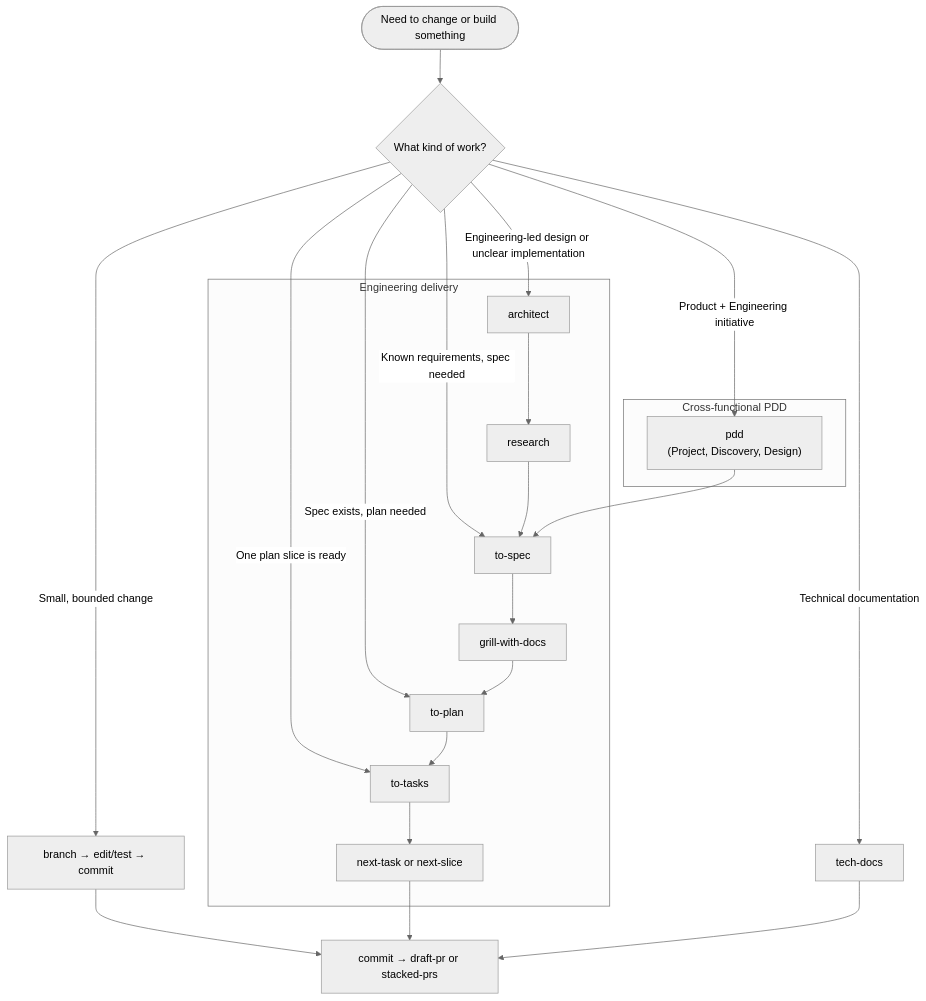
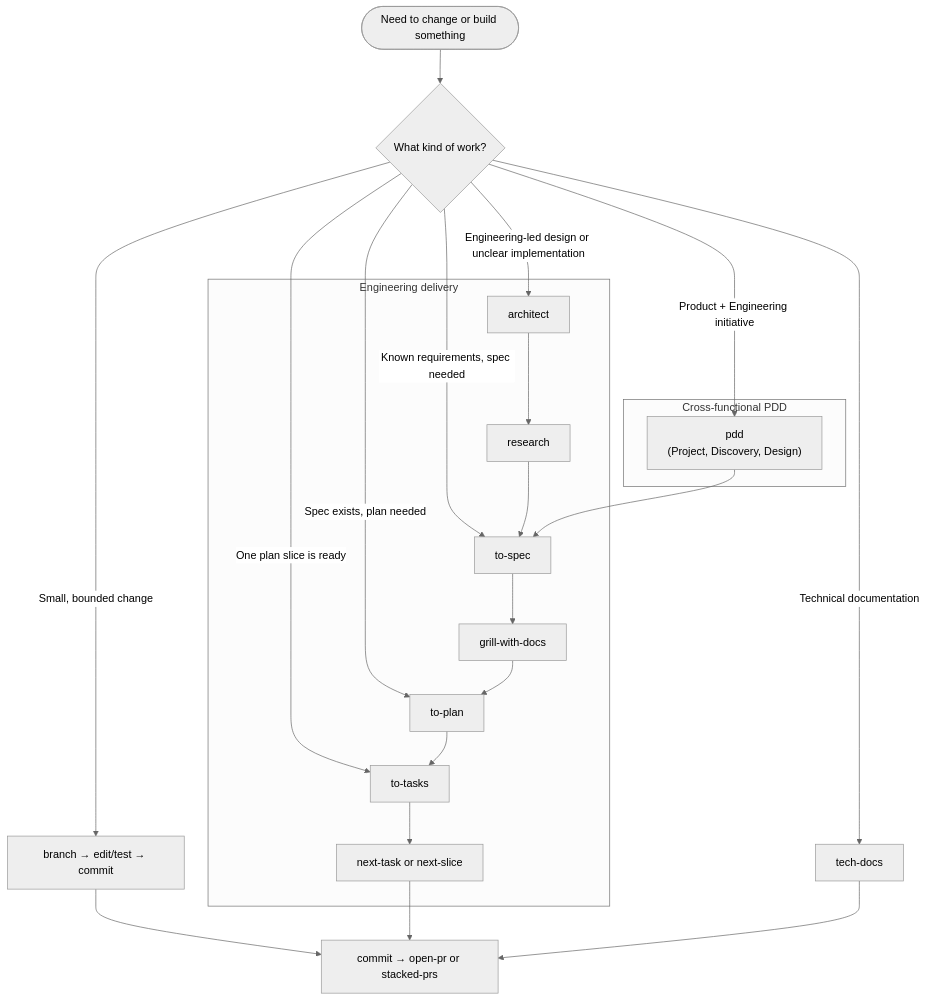
Before and after one commit to Integralist/agent-skills: the first of 2 diagrams in README.md, drawn with Mermaid (neutral theme). The commit also changed other lines of this file and 2 other files, not shown here.

Commit message:
chore(skills): rename draft-pr to open-pr so agents stop opening draft PRs
The word "draft" in the skill name led agents to open GitHub draft PRs when
the user wanted a full, ready-for-review PR. Rename the folder, name, and
description, and repoint the links in stacked-prs and the skills table in
README.md. Checked with a grep that no draft-pr reference remains.

````diff
--- a/README.md
+++ b/README.md
@@ -332,30 +332,30 @@
 ```mermaid
 flowchart TD
     Start([Need to change or build something]) --> Scope{What kind of work?}
 
     Scope -->|Product + Engineering initiative| PDD[pdd]
     Scope -->|Engineering-led design or unclear implementation| Architect[architect]
     Scope -->|Known requirements, spec needed| Spec[to-spec]
     Scope -->|Spec exists, plan needed| Plan[to-plan]
     Scope -->|One plan slice is ready| Tasks[to-tasks]
     Scope -->|Small, bounded change| Small[branch → edit/test → commit]
     Scope -->|Technical documentation| Docs[tech-docs]
 
     subgraph PDDFlow[Cross-functional PDD]
         PDD["pdd<br/>(Project, Discovery, Design)"]
     end
 
     subgraph EngineeringFlow[Engineering delivery]
         Architect --> Research[research]
         Research --> Spec
         Spec --> Grill[grill-with-docs]
         Grill --> Plan
         Plan --> Tasks
         Tasks --> Execute[next-task or next-slice]
     end
 
     PDD --> Spec
-    Small --> Delivery[commit → draft-pr or stacked-prs]
+    Small --> Delivery[commit → open-pr or stacked-prs]
     Execute --> Delivery
     Docs --> Delivery
 ```
````
